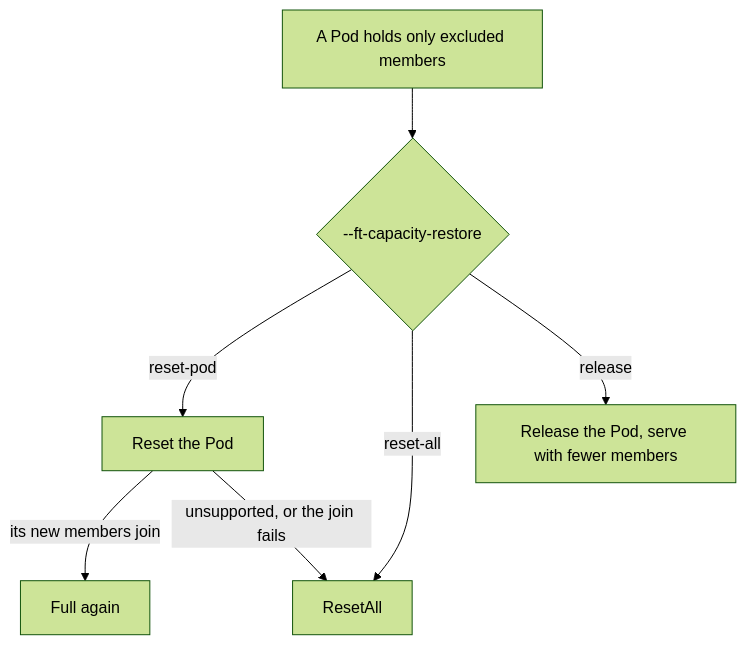
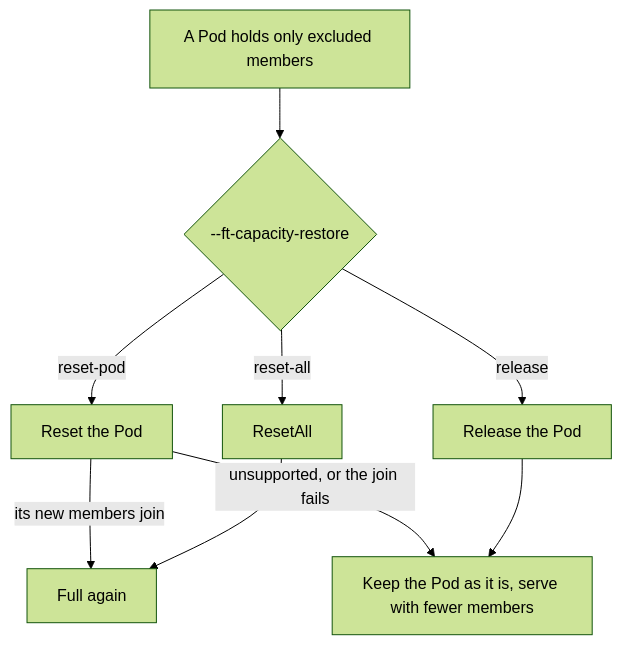
One commit to Etelis/llm-d-resiliency-operator changed the third of 3 diagrams in docs/design/contracts/controller.md. Above: the diagram before and after it, drawn with Mermaid (forest theme). The commit also changed other lines of this file and 9 other files, not shown here.

First line of the commit message:
Keep the group as it is when the failed Pod cannot come back

````diff
--- a/docs/design/contracts/controller.md
+++ b/docs/design/contracts/controller.md
@@ -245,9 +247,11 @@
 ```mermaid
 flowchart TD
   X[A Pod holds only excluded members] --> M{--ft-capacity-restore}
   M -- reset-pod --> R[Reset the Pod]
   M -- reset-all --> A[ResetAll]
-  M -- release --> L[Release the Pod, serve with fewer members]
+  M -- release --> L[Release the Pod]
   R -- its new members join --> F[Full again]
-  R -- unsupported, or the join fails --> A
+  R -- unsupported, or the join fails --> K[Keep the Pod as it is, serve with fewer members]
+  L --> K
+  A --> F
 ```
````
